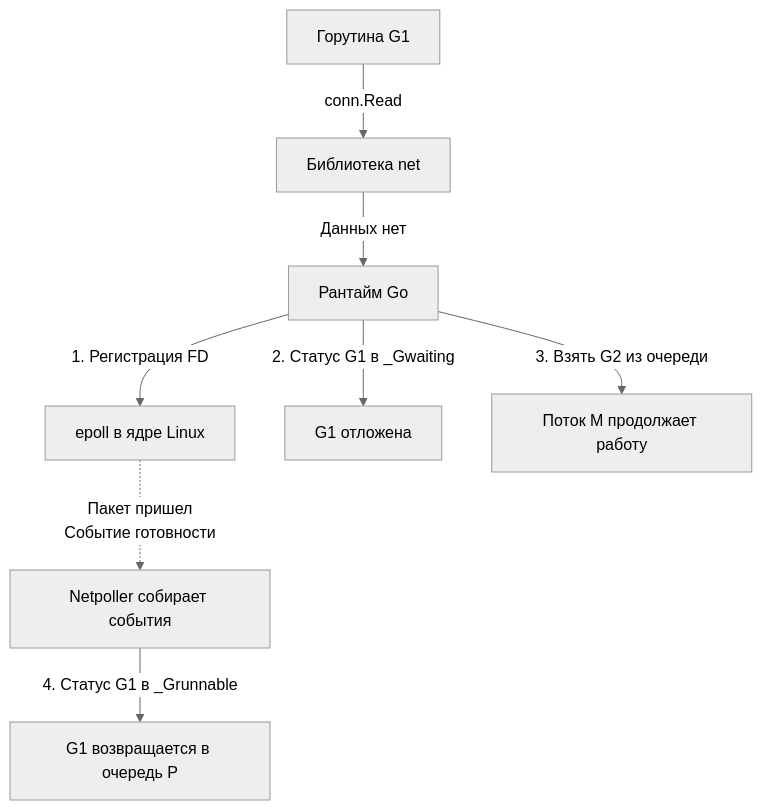
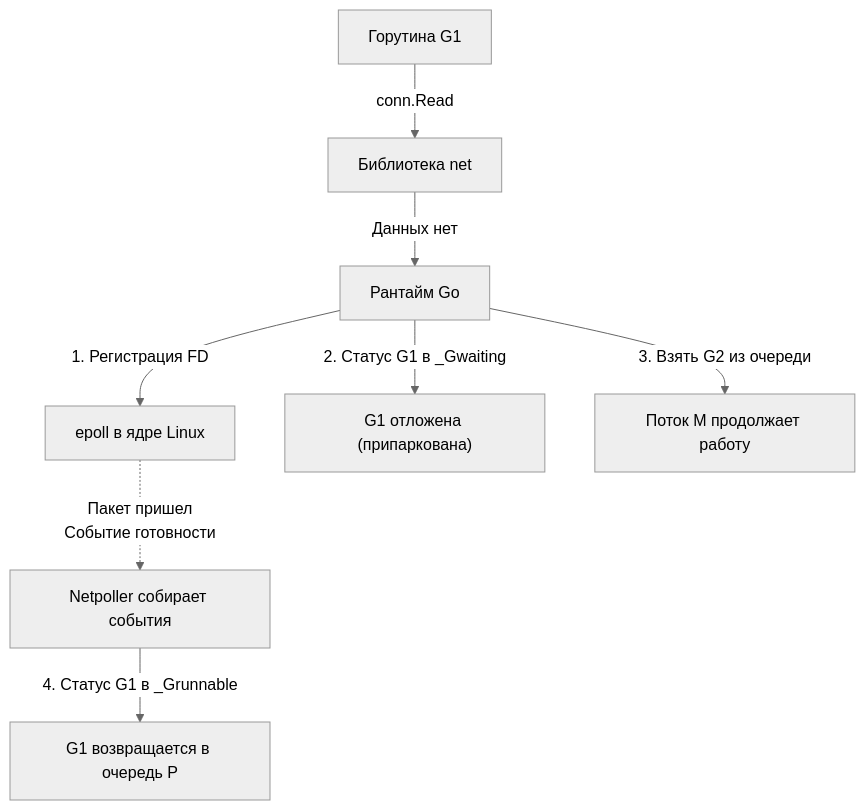
Before and after one commit to UnrealTemplier/go-textbook: the diagram in sources/7. Глубокий Go (Внутреннее устройство)/10. sysmon, netpoller и фоновые потоки рантайма.md, drawn with Mermaid (neutral theme). The commit also changed other lines of this file, not shown here.

````diff
--- a/sources/7. Глубокий Go (Внутреннее устройство)/10. sysmon, netpoller и фоновые потоки рантайма.md
+++ b/sources/7. Глубокий Go (Внутреннее устройство)/10. sysmon, netpoller и фоновые потоки рантайма.md
@@ -30,12 +26,12 @@
 ```mermaid
 flowchart TD
     G["Горутина G1"] -->|"conn.Read"| NET["Библиотека net"]
     NET -->|"Данных нет"| RT["Рантайм Go"]
     
     RT -->|"1. Регистрация FD"| EPOLL["epoll в ядре Linux"]
-    RT -->|"2. Статус G1 в _Gwaiting"| SLEEP["G1 отложена"]
+    RT -->|"2. Статус G1 в _Gwaiting"| SLEEP["G1 отложена (припаркована)"]
     RT -->|"3. Взять G2 из очереди"| M["Поток M продолжает работу"]
     
     EPOLL -.->|"Пакет пришел<br>Событие готовности"| NP["Netpoller собирает события"]
     NP -->|"4. Статус G1 в _Grunnable"| WAKE["G1 возвращается в очередь P"]
 ```
````
